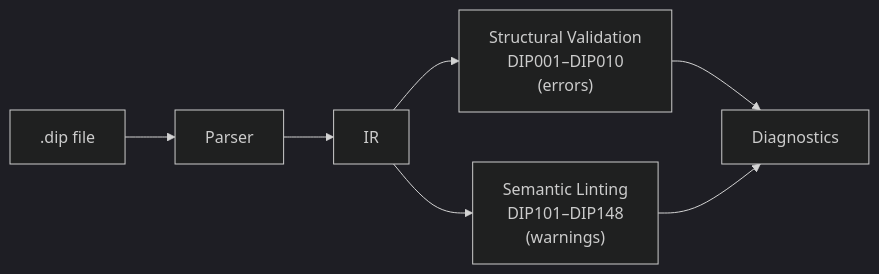
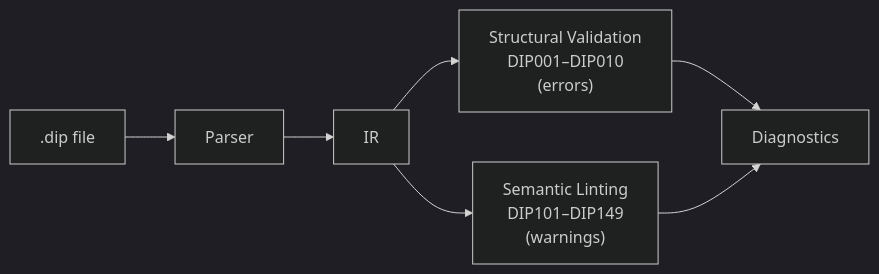
The diagram in docs/validation.md (2389-research/dippin-lang), drawn with Mermaid (dark theme) before and after one commit. The commit also changed other lines of this file and 16 other files, not shown here.

First line of the commit message:
feat(validator): DIP149 ambiguous routing lint (#132)

````diff
--- a/docs/validation.md
+++ b/docs/validation.md
@@ -10,9 +10,9 @@
 ```mermaid
 graph LR
     SRC[".dip file"] --> PARSE["Parser"]
     PARSE --> IR["IR"]
     IR --> VAL["Structural Validation<br>DIP001–DIP010<br>(errors)"]
-    IR --> LINT["Semantic Linting<br>DIP101–DIP148<br>(warnings)"]
+    IR --> LINT["Semantic Linting<br>DIP101–DIP149<br>(warnings)"]
     VAL --> DIAG["Diagnostics"]
     LINT --> DIAG
 ```
````
